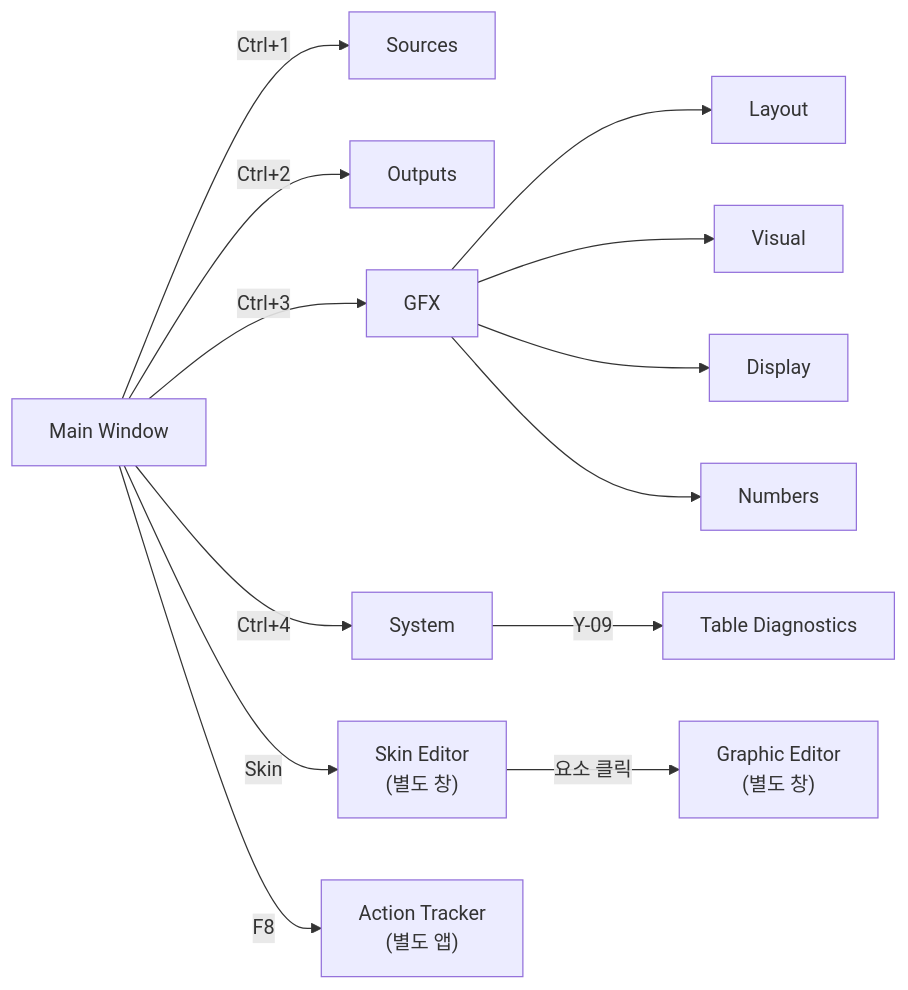
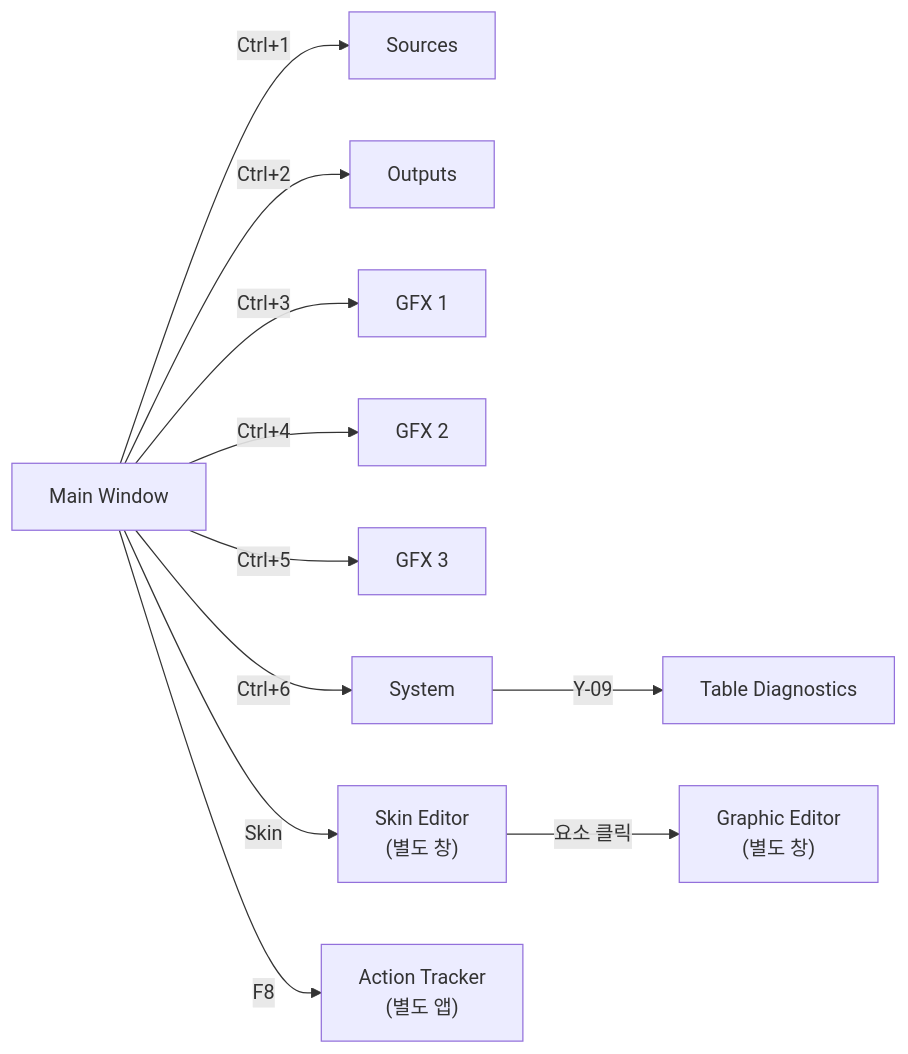
One commit to garimto81/ebs changed diagram 11 of 13 in docs/01_PokerGFX_Analysis/PRD-0004-EBS-Server-UI-Design.md. Above: the diagram before and after it, drawn with Mermaid. The commit also changed other lines of this file, not shown here.

First line of the commit message:
docs(prd-0004): PokerGFX 소스 순서 전면 재설계 v19.3.0 📝

````diff
--- a/docs/01_PokerGFX_Analysis/PRD-0004-EBS-Server-UI-Design.md
+++ b/docs/01_PokerGFX_Analysis/PRD-0004-EBS-Server-UI-Design.md
@@ -847,12 +1004,13 @@
 ```mermaid
 flowchart LR
     MW["Main Window"] -->|"Ctrl+1"| SRC["Sources"]
     MW -->|"Ctrl+2"| OUT["Outputs"]
-    MW -->|"Ctrl+3"| GFX["GFX"]
-    GFX --> LAY["Layout"] & VIS["Visual"] & DIS["Display"] & NUM["Numbers"]
-    MW -->|"Ctrl+4"| SYS["System"]
+    MW -->|"Ctrl+3"| GFX1["GFX 1"]
+    MW -->|"Ctrl+4"| GFX2["GFX 2"]
+    MW -->|"Ctrl+5"| GFX3["GFX 3"]
+    MW -->|"Ctrl+6"| SYS["System"]
     SYS -->|"Y-09"| TDG["Table Diagnostics"]
     MW -->|"Skin"| SKE["Skin Editor<br/>(별도 창)"]
     SKE -->|"요소 클릭"| GRE["Graphic Editor<br/>(별도 창)"]
     MW -->|"F8"| AT["Action Tracker<br/>(별도 앱)"]
 ```
````
